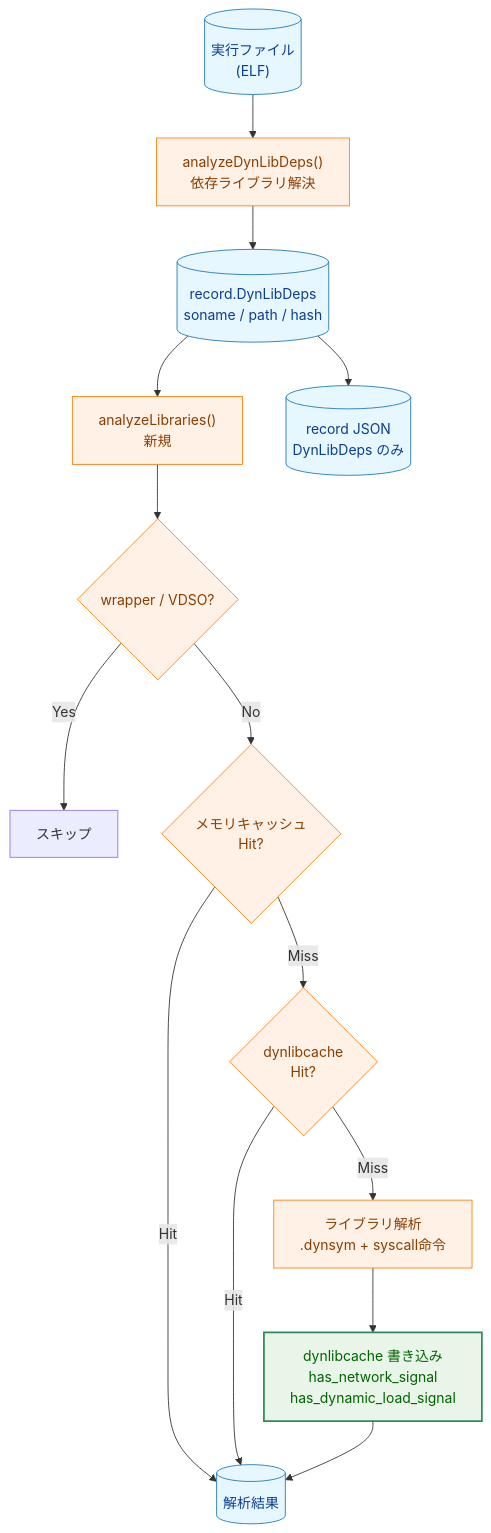
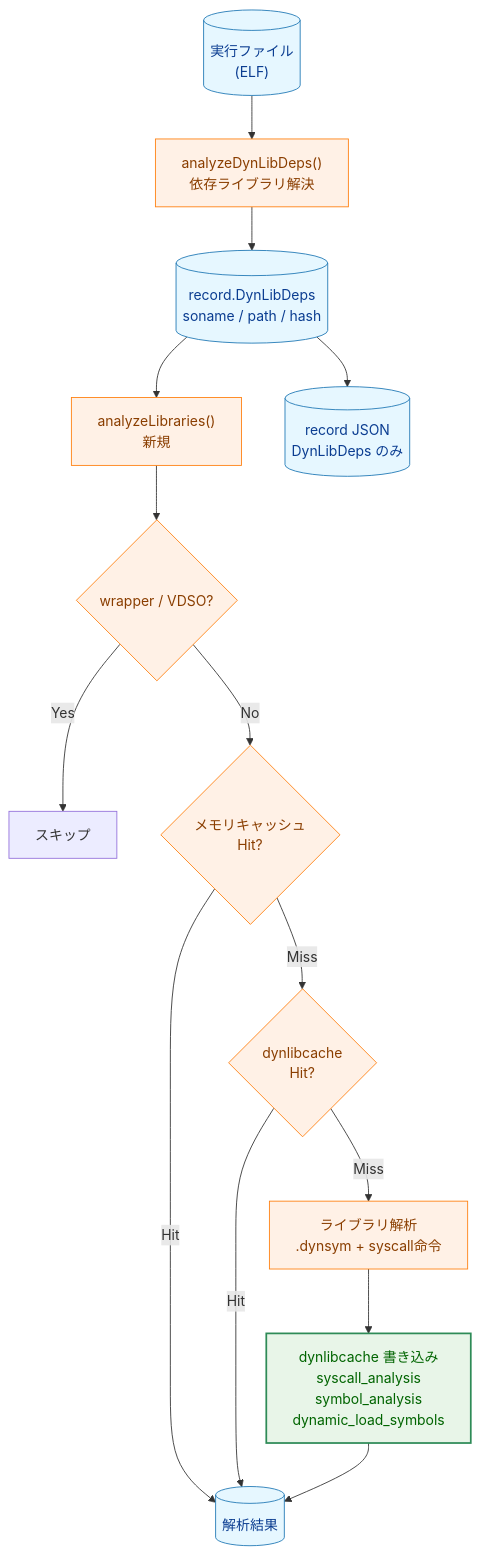
The first of 4 diagrams in docs/tasks/0124_dynlib_library_analysis_cache/02_architecture.md (isseis/go-safe-cmd-runner), drawn with Mermaid before and after one commit. The commit also changed other lines of this file and 3 other files, not shown here.

First line of the commit message:
docs: align dynlib cache schema with runner internal evaluation

````diff
--- a/docs/tasks/0124_dynlib_library_analysis_cache/02_architecture.md
+++ b/docs/tasks/0124_dynlib_library_analysis_cache/02_architecture.md
@@ -16,24 +16,24 @@
 ```mermaid
 flowchart TD
     classDef data fill:#e6f7ff,stroke:#1f77b4,stroke-width:1px,color:#0b3d91;
     classDef process fill:#fff1e6,stroke:#ff7f0e,stroke-width:1px,color:#8a3e00;
     classDef enhanced fill:#e8f5e8,stroke:#2e8b57,stroke-width:2px,color:#006400;
 
     BIN[("実行ファイル<br>(ELF)")] --> DEPS["analyzeDynLibDeps()<br>依存ライブラリ解決"]
     DEPS --> DYNLIB[("record.DynLibDeps<br>soname / path / hash")]
     DYNLIB --> LIBANA["analyzeLibraries()<br>新規"]
     LIBANA --> FILTER{"wrapper / VDSO?"}
     FILTER -->|"Yes"| SKIP["スキップ"]
     FILTER -->|"No"| MEMCACHE{"メモリキャッシュ<br>Hit?"}
     MEMCACHE -->|"Hit"| RESULT[("解析結果")]
     MEMCACHE -->|"Miss"| DISKCACHE{"dynlibcache<br>Hit?"}
     DISKCACHE -->|"Hit"| RESULT
     DISKCACHE -->|"Miss"| ANALYZE["ライブラリ解析<br>.dynsym + syscall命令"]
-    ANALYZE --> WRITE["dynlibcache 書き込み<br>has_network_signal<br>has_dynamic_load_signal"]
+    ANALYZE --> WRITE["dynlibcache 書き込み<br>syscall_analysis<br>symbol_analysis<br>dynamic_load_symbols"]
     WRITE --> RESULT
     DYNLIB --> RECORD[("record JSON<br>DynLibDeps のみ")]
 
     class BIN,DYNLIB,RESULT,RECORD data;
     class DEPS,LIBANA,FILTER,MEMCACHE,DISKCACHE,ANALYZE process;
     class WRITE enhanced;
 ```
````
